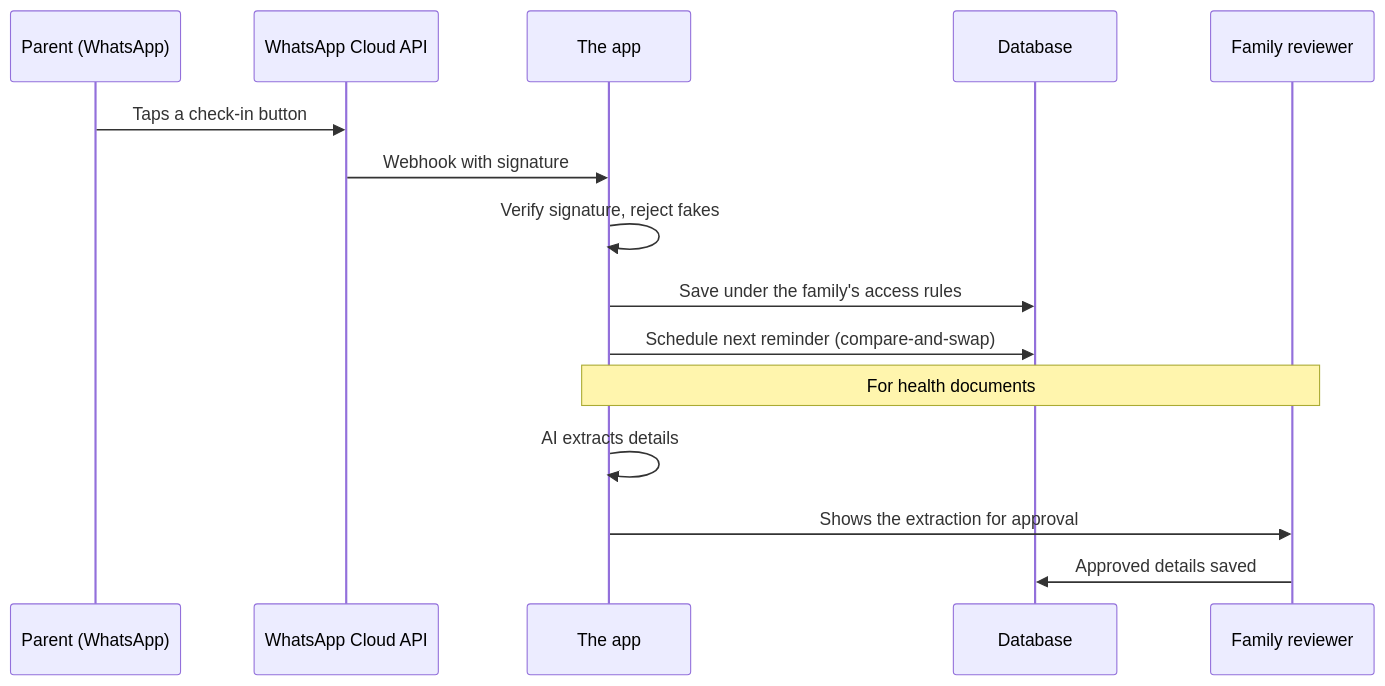
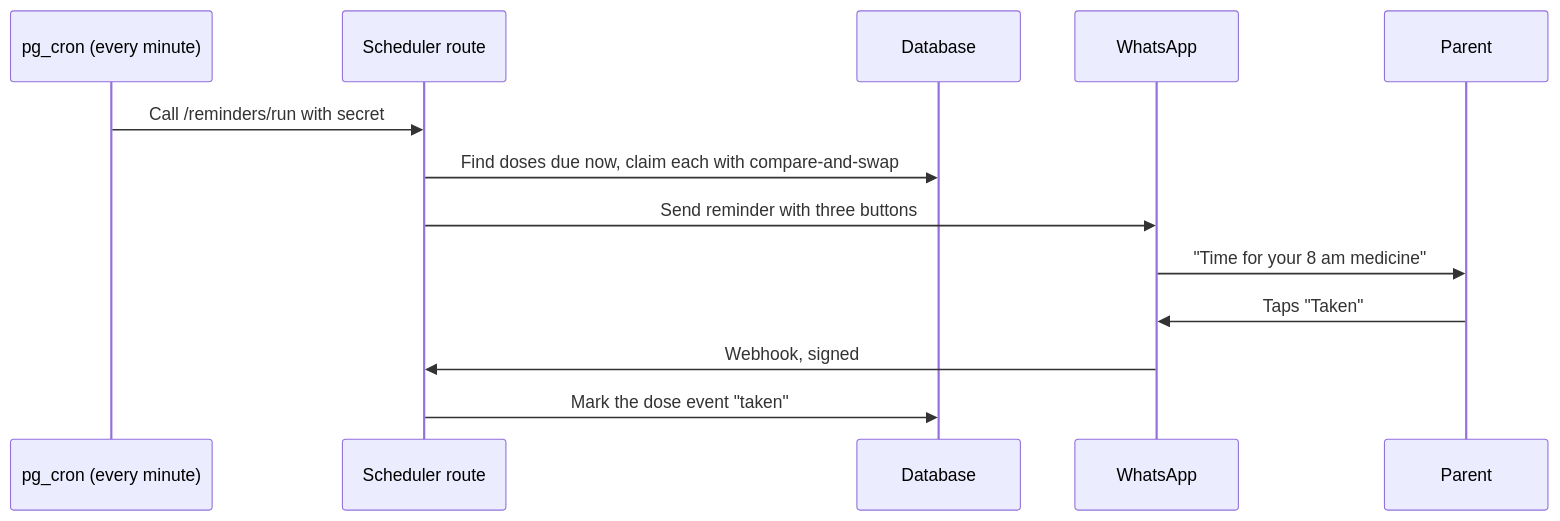
One commit to tharungajula2/loud-recall changed the eighth of 12 diagrams in content/life/my-work/my-work-cheatsheet.md. Above: the diagram before and after it, drawn with Mermaid. The commit also changed other lines of this file, not shown here.

````diff
--- a/content/life/my-work/my-work-cheatsheet.md
+++ b/content/life/my-work/my-work-cheatsheet.md
@@ -661,17 +1484,15 @@
 ```mermaid
 sequenceDiagram
-    participant P as Parent (WhatsApp)
-    participant W as WhatsApp Cloud API
-    participant A as The app
+    participant C as pg_cron (every minute)
+    participant S as Scheduler route
     participant D as Database
-    participant R as Family reviewer
-    P->>W: Taps a check-in button
-    W->>A: Webhook with signature
-    A->>A: Verify signature, reject fakes
-    A->>D: Save under the family's access rules
-    A->>D: Schedule next reminder (compare-and-swap)
-    Note over A,R: For health documents
-    A->>A: AI extracts details
-    A->>R: Shows the extraction for approval
-    R->>D: Approved details saved
+    participant W as WhatsApp
+    participant P as Parent
+    C->>S: Call /reminders/run with secret
+    S->>D: Find doses due now, claim each with compare-and-swap
+    S->>W: Send reminder with three buttons
+    W->>P: "Time for your 8 am medicine"
+    P->>W: Taps "Taken"
+    W->>S: Webhook, signed
+    S->>D: Mark the dose event "taken"
 ```
````
